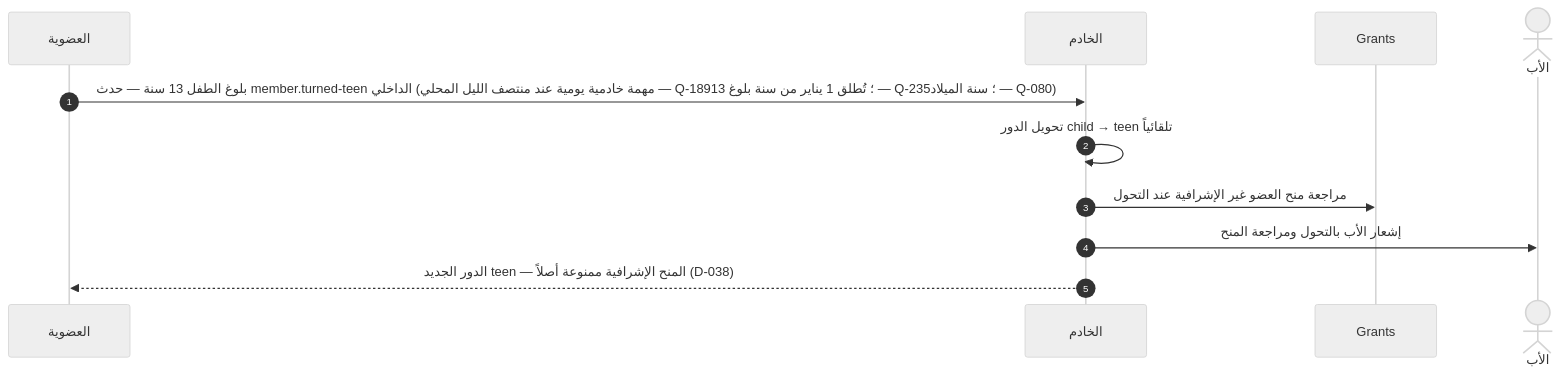
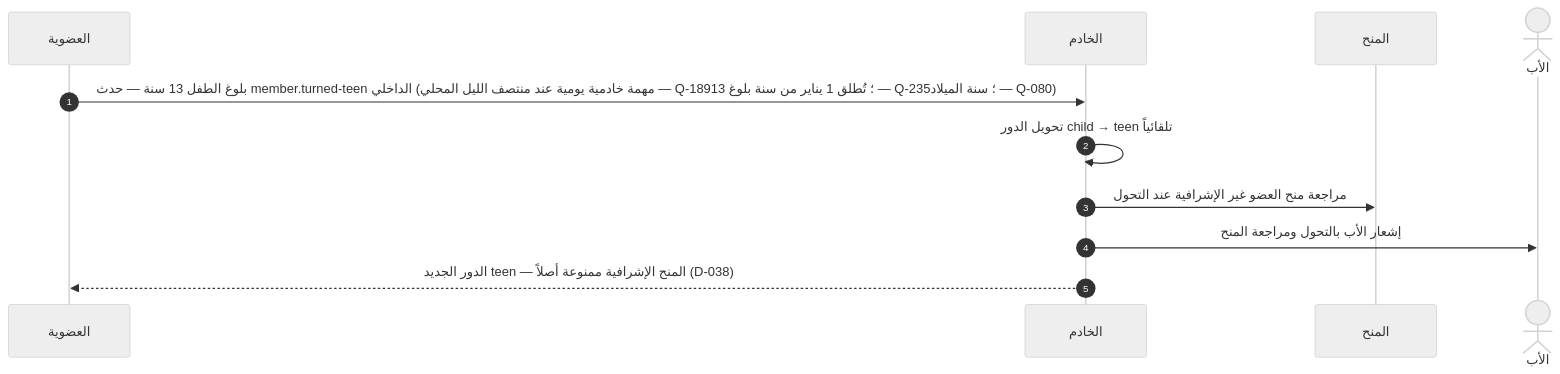
The eighth of 14 diagrams in docs/family-os/governance/phases/phase-1/S1-03-family-roles-and-permissions/DIAGRAMS.md (Bassam-mohammed-alqaeadi/family-os-v2), drawn with Mermaid (neutral theme) before and after one commit. The commit also changed other lines of this file and 1 other file, not shown here.

````diff
--- a/docs/family-os/governance/phases/phase-1/S1-03-family-roles-and-permissions/DIAGRAMS.md
+++ b/docs/family-os/governance/phases/phase-1/S1-03-family-roles-and-permissions/DIAGRAMS.md
@@ -347,13 +366,13 @@
 ```mermaid
 sequenceDiagram
     autonumber
     participant S102 as العضوية
     participant Ktor as الخادم
-    participant المنح as Grants
+    participant Grants as المنح
     actor Father as الأب
     S102->>Ktor: بلوغ الطفل 13 سنة — حدث member.turned-teen الداخلي (مهمة خادمية يومية عند منتصف الليل المحلي — Q-189؛ تُطلق 1 يناير من سنة بلوغ 13 — Q-235؛ سنة الميلاد — Q-080)
     Ktor->>Ktor: تحويل الدور child → teen تلقائياً
-    Ktor->>المنح: مراجعة منح العضو غير الإشرافية عند التحول
+    Ktor->>Grants: مراجعة منح العضو غير الإشرافية عند التحول
     Ktor->>Father: إشعار الأب بالتحول ومراجعة المنح
     Ktor-->>S102: الدور الجديد teen — المنح الإشرافية ممنوعة أصلاً (D-038)
 ```
````
